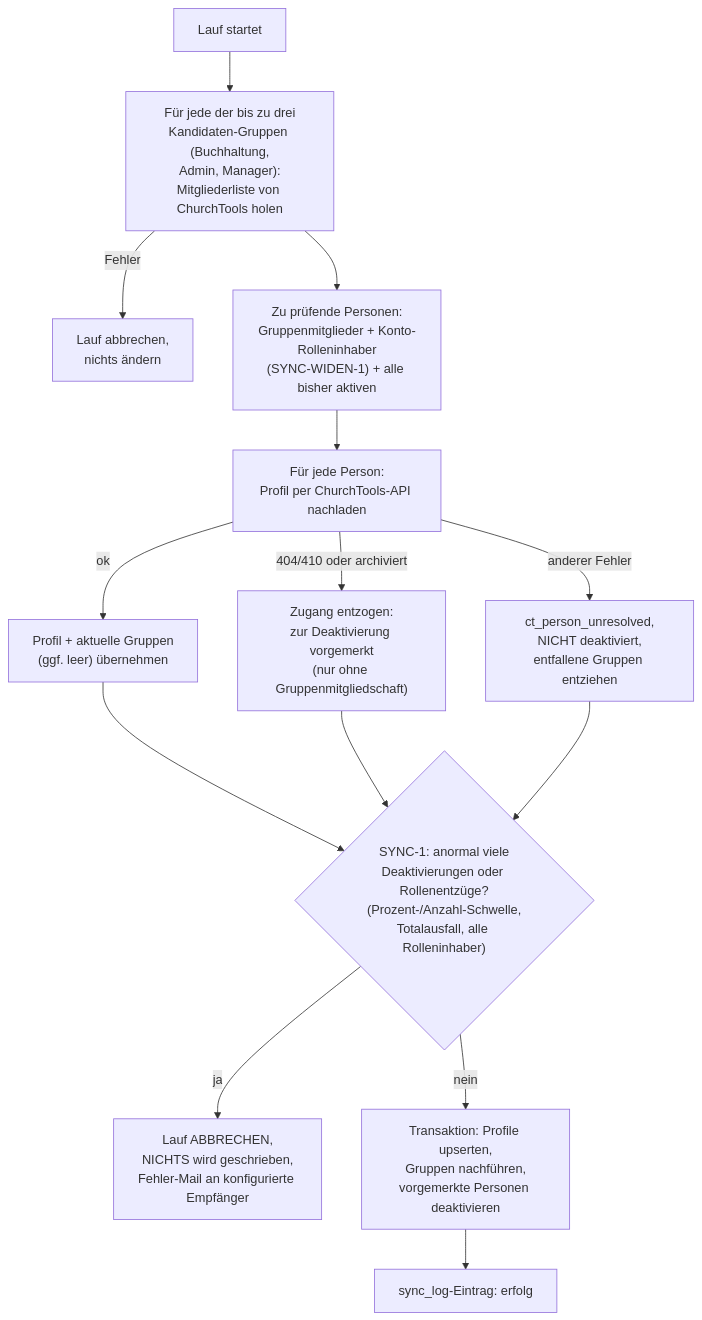
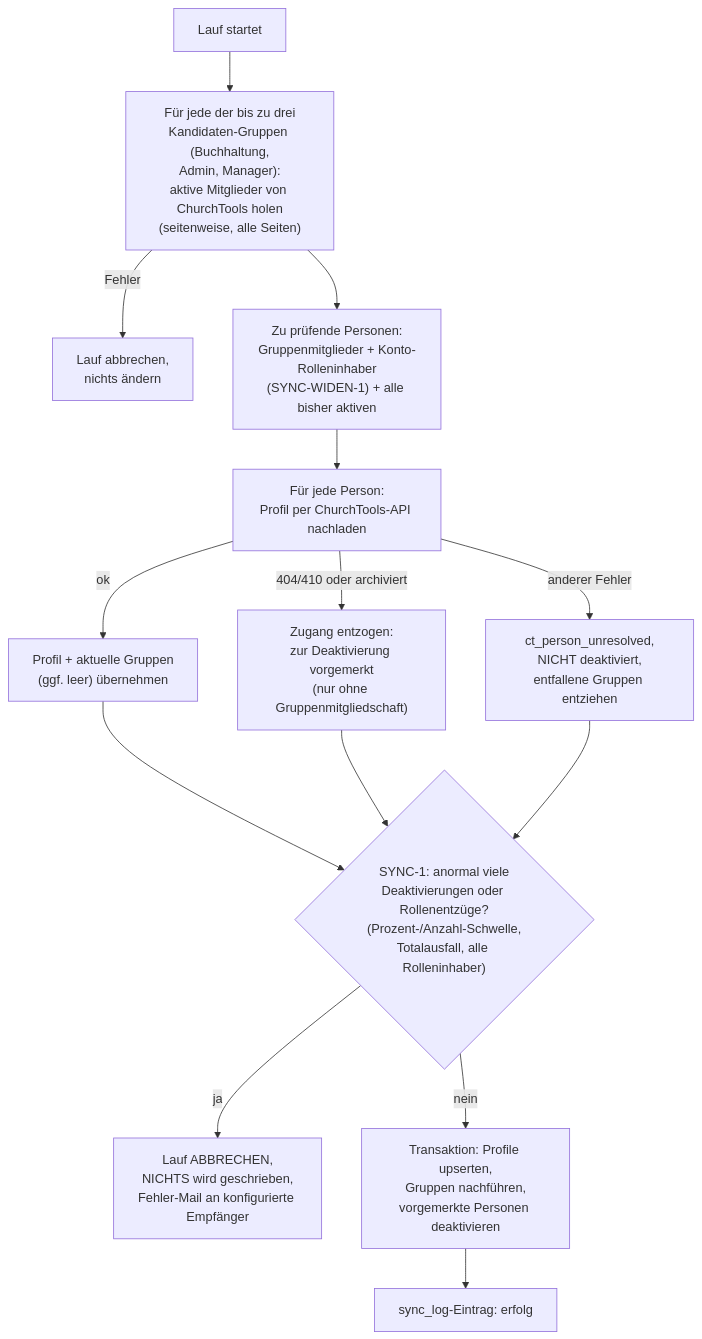
Before and after one commit to rony326/freigabeportal: the diagram in docs/personen-sync.md, drawn with Mermaid. The commit also changed other lines of this file and 4 other files, not shown here.

First line of the commit message:
fix(S1,B1,B5): ChurchTools-Gruppenmitglieder nur aktiv, vollständig seitenweise, Personen-ID aus person.domainIdentifier

````diff
--- a/docs/personen-sync.md
+++ b/docs/personen-sync.md
@@ -47,16 +47,16 @@
 ```mermaid
 flowchart TD
-    A["Lauf startet"] --> B["Für jede der bis zu drei<br/>Kandidaten-Gruppen (Buchhaltung,<br/>Admin, Manager):<br/>Mitgliederliste von ChurchTools holen"]
+    A["Lauf startet"] --> B["Für jede der bis zu drei<br/>Kandidaten-Gruppen (Buchhaltung,<br/>Admin, Manager):<br/>aktive Mitglieder von ChurchTools holen<br/>(seitenweise, alle Seiten)"]
     B -->|Fehler| X["Lauf abbrechen,<br/>nichts ändern"]
     B --> C["Zu prüfende Personen:<br/>Gruppenmitglieder + Konto-Rolleninhaber<br/>(SYNC-WIDEN-1) + alle bisher aktiven"]
     C --> E["Für jede Person:<br/>Profil per ChurchTools-API nachladen"]
     E -->|ok| G["Profil + aktuelle Gruppen<br/>(ggf. leer) übernehmen"]
     E -->|404/410 oder archiviert| H["Zugang entzogen:<br/>zur Deaktivierung vorgemerkt<br/>(nur ohne Gruppenmitgliedschaft)"]
     E -->|anderer Fehler| F["ct_person_unresolved,<br/>NICHT deaktiviert,<br/>entfallene Gruppen entziehen"]
     G --> I{"SYNC-1: anormal viele<br/>Deaktivierungen oder Rollenentzüge?<br/>(Prozent-/Anzahl-Schwelle,<br/>Totalausfall, alle Rolleninhaber)"}
     H --> I
     F --> I
     I -- ja --> J["Lauf ABBRECHEN,<br/>NICHTS wird geschrieben,<br/>Fehler-Mail an konfigurierte Empfänger"]
     I -- nein --> K["Transaktion: Profile upserten,<br/>Gruppen nachführen,<br/>vorgemerkte Personen deaktivieren"]
     K --> L["sync_log-Eintrag: erfolg"]
 ```
````
